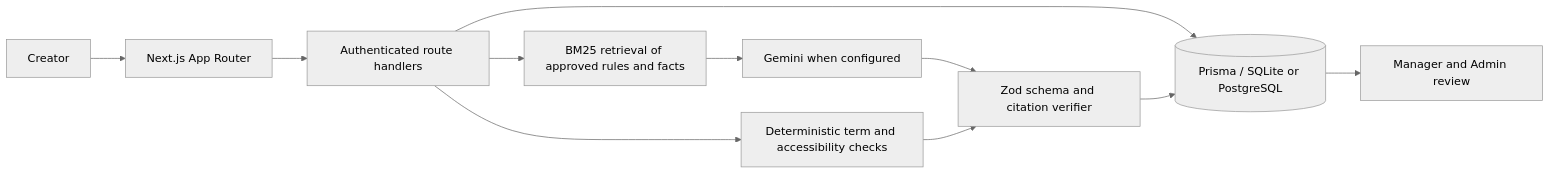
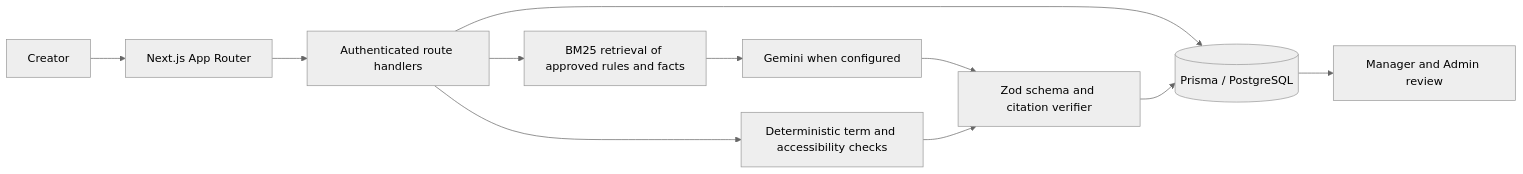
The diagram in README.md (hgurjar-creater/TrueMark), drawn with Mermaid (neutral theme) before and after one commit. The commit also changed other lines of this file, not shown here.

````diff
--- a/README.md
+++ b/README.md
@@ -53,13 +68,13 @@
 ```mermaid
 flowchart LR
   C[Creator] --> UI[Next.js App Router]
   UI --> API[Authenticated route handlers]
-  API --> DB[(Prisma / SQLite or PostgreSQL)]
+  API --> DB[(Prisma / PostgreSQL)]
   API --> LOCAL[Deterministic term and accessibility checks]
   API --> RET[BM25 retrieval of approved rules and facts]
   RET --> AI[Gemini when configured]
   AI --> VERIFY[Zod schema and citation verifier]
   LOCAL --> VERIFY
   VERIFY --> DB
   DB --> M[Manager and Admin review]
 ```
````
